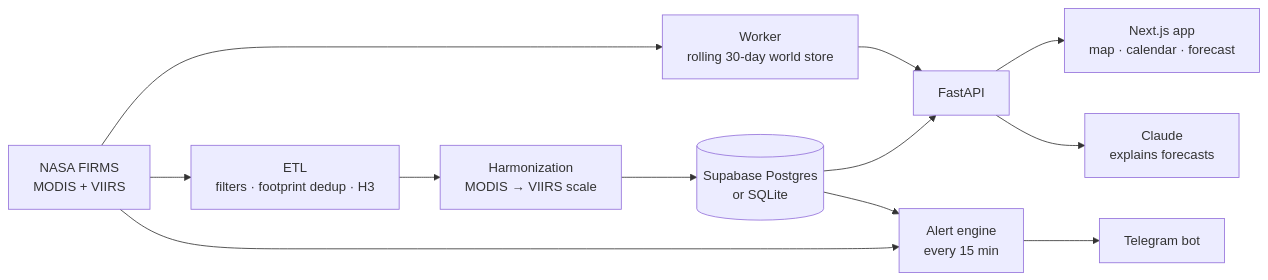
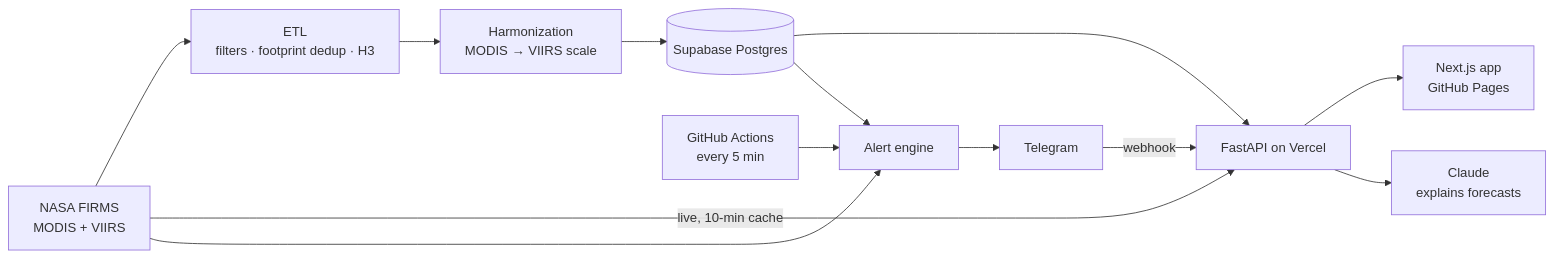
One commit to Nayanne38/Astross changed the diagram in README.md. Above: the diagram before and after it, drawn with Mermaid. The commit also changed other lines of this file and 2 other files, not shown here.

Commit message:
README: AstroS logo, badges, live-system section, updated architecture (Vercel, Pages, webhook, Actions)

````diff
--- a/README.md
+++ b/README.md
@@ -99,14 +138,15 @@
 ```mermaid
 flowchart LR
     F[NASA FIRMS<br/>MODIS + VIIRS] --> E[ETL<br/>filters · footprint dedup · H3]
     E --> H[Harmonization<br/>MODIS → VIIRS scale]
-    H --> D[(Supabase Postgres<br/>or SQLite)]
-    F --> W[Worker<br/>rolling 30-day world store]
-    D --> A[FastAPI]
-    W --> A
-    A --> N[Next.js app<br/>map · calendar · forecast]
+    H --> D[(Supabase Postgres)]
+    D --> A[FastAPI on Vercel]
+    F -->|live, 10-min cache| A
+    A --> N[Next.js app<br/>GitHub Pages]
     A --> L[Claude<br/>explains forecasts]
-    F --> B[Alert engine<br/>every 15 min]
-    B --> T[Telegram bot]
+    G[GitHub Actions<br/>every 5 min] --> B[Alert engine]
+    F --> B
     D --> B
+    B --> T[Telegram]
+    T -->|webhook| A
 ```
````
